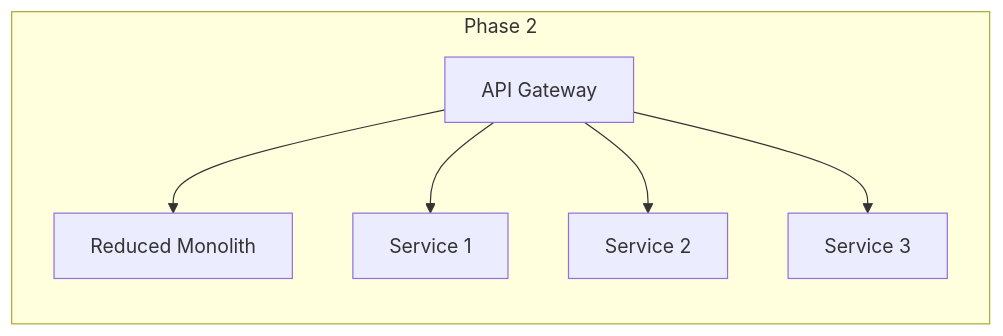
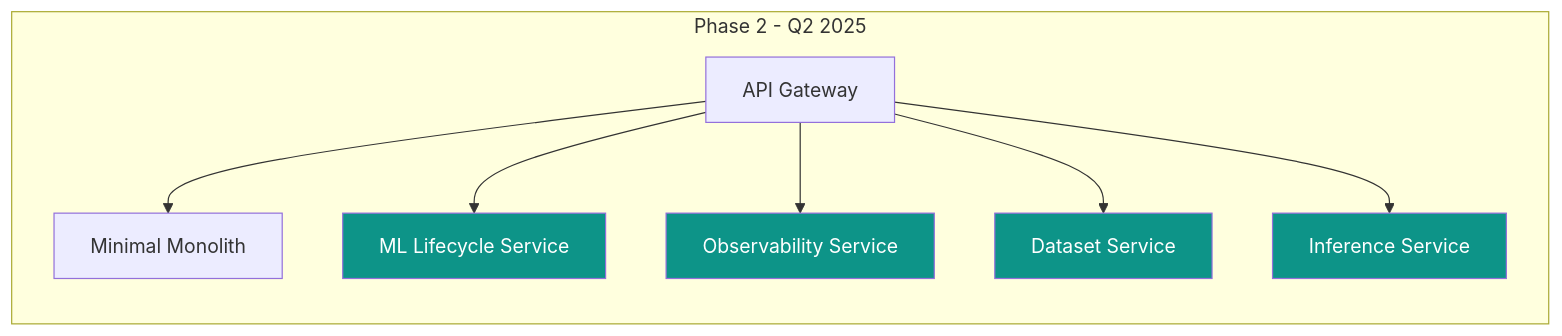
Before and after one commit to mlflow/mlflow: diagram 11 of 17 in GENESIS_PLATFORM_MICROSERVICES_ARCHITECTURE.md, drawn with Mermaid. The commit also changed other lines of this file and 1 other file, not shown here.

First line of the commit message:
Simplify microservices architecture and improve diagram visibility

````diff
--- a/GENESIS_PLATFORM_MICROSERVICES_ARCHITECTURE.md
+++ b/GENESIS_PLATFORM_MICROSERVICES_ARCHITECTURE.md
@@ -495,15 +490,22 @@
 ```mermaid
 graph LR
-    subgraph "Phase 2"
-        MON[Reduced Monolith]
+    subgraph "Phase 2 - Q2 2025"
+        MON[Minimal Monolith]
         GW[API Gateway]
-        NS1[Service 1]
-        NS2[Service 2]
-        NS3[Service 3]
+        MLS[ML Lifecycle Service]
+        OBS[Observability Service]
+        DS[Dataset Service]
+        IS[Inference Service]
         
         GW --> MON
-        GW --> NS1
-        GW --> NS2
-        GW --> NS3
+        GW --> MLS
+        GW --> OBS
+        GW --> DS
+        GW --> IS
     end
+    
+    style MLS fill:#0d9488,color:#fff
+    style OBS fill:#0d9488,color:#fff
+    style DS fill:#0d9488,color:#fff
+    style IS fill:#0d9488,color:#fff
 ```
````
